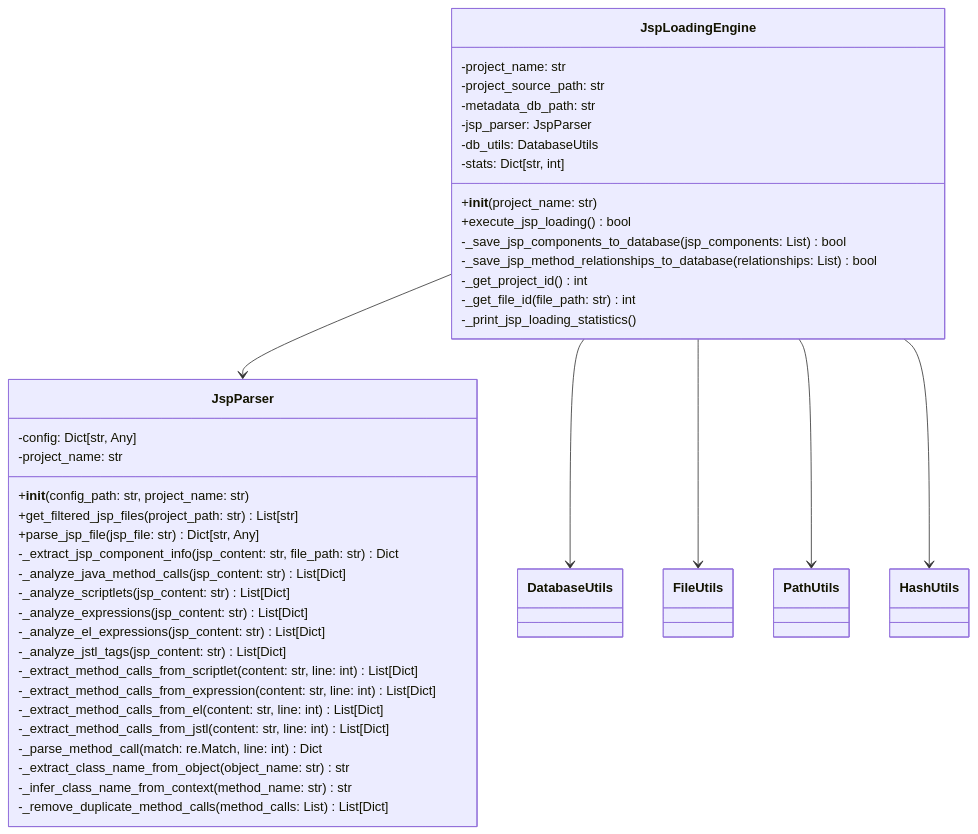
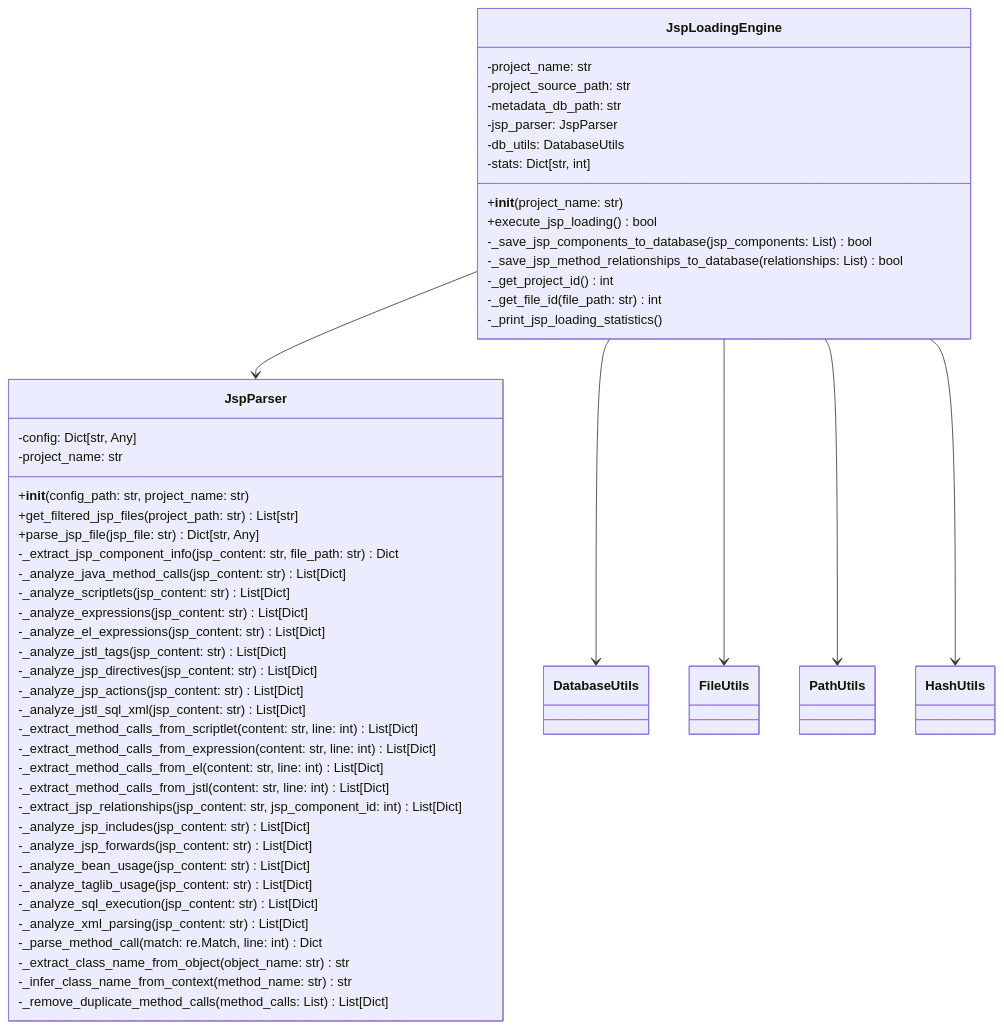
One commit to kumtaek/CreateMetaDb changed the second of 4 diagrams in docs/report/20250914_184841_최종_5단계개발계획서_02_아키텍처설계.md. Above: the diagram before and after it, drawn with Mermaid. The commit also changed other lines of this file and 25 other files, not shown here.

````diff
--- a/docs/report/20250914_184841_최종_5단계개발계획서_02_아키텍처설계.md
+++ b/docs/report/20250914_184841_최종_5단계개발계획서_02_아키텍처설계.md
@@ -214,48 +253,58 @@
 ```mermaid
 classDiagram
     class JspLoadingEngine {
         -project_name: str
         -project_source_path: str
         -metadata_db_path: str
         -jsp_parser: JspParser
         -db_utils: DatabaseUtils
         -stats: Dict[str, int]
         
         +__init__(project_name: str)
         +execute_jsp_loading() bool
         -_save_jsp_components_to_database(jsp_components: List) bool
         -_save_jsp_method_relationships_to_database(relationships: List) bool
         -_get_project_id() int
         -_get_file_id(file_path: str) int
         -_print_jsp_loading_statistics()
     }
     
     class JspParser {
         -config: Dict[str, Any]
         -project_name: str
         
         +__init__(config_path: str, project_name: str)
         +get_filtered_jsp_files(project_path: str) List[str]
         +parse_jsp_file(jsp_file: str) Dict[str, Any]
         -_extract_jsp_component_info(jsp_content: str, file_path: str) Dict
         -_analyze_java_method_calls(jsp_content: str) List[Dict]
         -_analyze_scriptlets(jsp_content: str) List[Dict]
         -_analyze_expressions(jsp_content: str) List[Dict]
         -_analyze_el_expressions(jsp_content: str) List[Dict]
         -_analyze_jstl_tags(jsp_content: str) List[Dict]
+        -_analyze_jsp_directives(jsp_content: str) List[Dict]
+        -_analyze_jsp_actions(jsp_content: str) List[Dict]
+        -_analyze_jstl_sql_xml(jsp_content: str) List[Dict]
         -_extract_method_calls_from_scriptlet(content: str, line: int) List[Dict]
         -_extract_method_calls_from_expression(content: str, line: int) List[Dict]
         -_extract_method_calls_from_el(content: str, line: int) List[Dict]
         -_extract_method_calls_from_jstl(content: str, line: int) List[Dict]
+        -_extract_jsp_relationships(jsp_content: str, jsp_component_id: int) List[Dict]
+        -_analyze_jsp_includes(jsp_content: str) List[Dict]
+        -_analyze_jsp_forwards(jsp_content: str) List[Dict]
+        -_analyze_bean_usage(jsp_content: str) List[Dict]
+        -_analyze_taglib_usage(jsp_content: str) List[Dict]
+        -_analyze_sql_execution(jsp_content: str) List[Dict]
+        -_analyze_xml_parsing(jsp_content: str) List[Dict]
         -_parse_method_call(match: re.Match, line: int) Dict
         -_extract_class_name_from_object(object_name: str) str
         -_infer_class_name_from_context(method_name: str) str
         -_remove_duplicate_method_calls(method_calls: List) List[Dict]
     }
     
     JspLoadingEngine --> JspParser
     JspLoadingEngine --> DatabaseUtils
     JspLoadingEngine --> FileUtils
     JspLoadingEngine --> PathUtils
     JspLoadingEngine --> HashUtils
 ```
````
